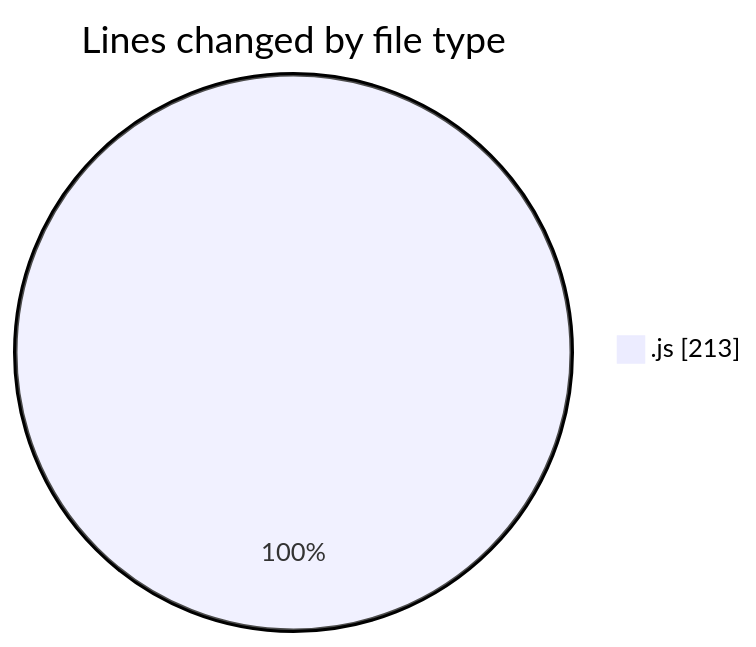
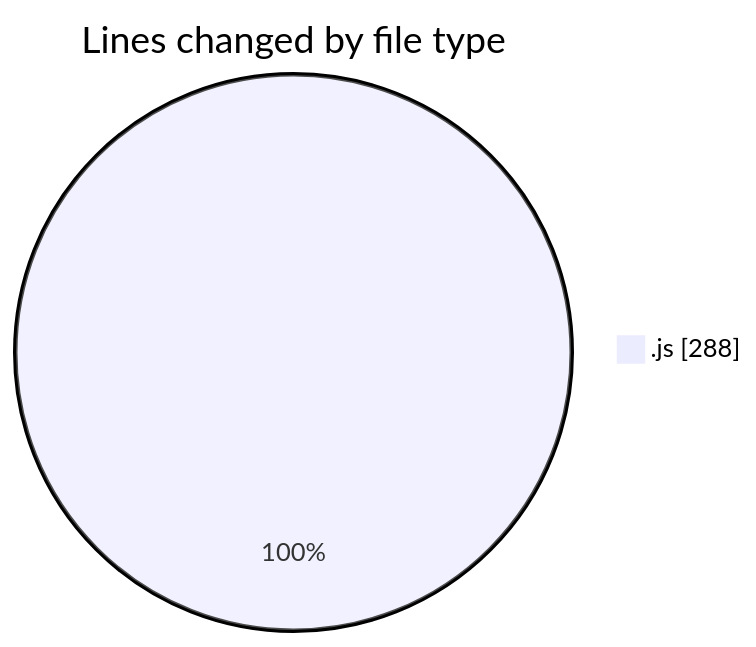
The first of 2 diagrams in 2025-07-20/mern-workoutboard/README.md (Ritupan-Deka/code-tracking), drawn with Mermaid before and after one commit. The commit also changed other lines of this file and 1 other file, not shown here.

````diff
--- a/2025-07-20/mern-workoutboard/README.md
+++ b/2025-07-20/mern-workoutboard/README.md
@@ -22,5 +23,5 @@
 ```mermaid
 pie showData
 title Lines changed by file type
-".js" : 213
+".js" : 288
 ```
````
